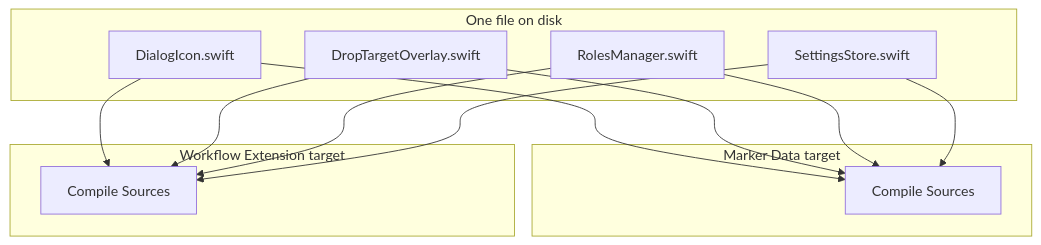
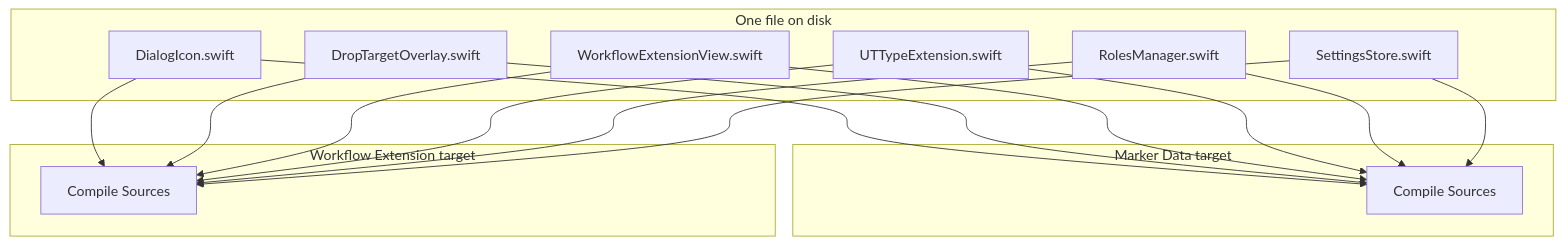
Before and after one commit to TheAcharya/MarkerData: the fifth of 9 diagrams in ARCHITECTURE.md, drawn with Mermaid. The commit also changed other lines of this file and 9 other files, not shown here.

````diff
--- a/ARCHITECTURE.md
+++ b/ARCHITECTURE.md
@@ -541,26 +549,32 @@
 ```mermaid
 flowchart TB
   subgraph disk [One file on disk]
     DI[DialogIcon.swift]
     DTO[DropTargetOverlay.swift]
+    WEV[WorkflowExtensionView.swift]
+    UT[UTTypeExtension.swift]
     RM[RolesManager.swift]
     SS[SettingsStore.swift]
   end
 
   subgraph mainT [Marker Data target]
     MSRC[Compile Sources]
   end
 
   subgraph weT [Workflow Extension target]
     WSRC[Compile Sources]
   end
 
   DI --> MSRC
   DI --> WSRC
   DTO --> MSRC
   DTO --> WSRC
+  WEV --> MSRC
+  WEV --> WSRC
+  UT --> MSRC
+  UT --> WSRC
   RM --> MSRC
   RM --> WSRC
   SS --> MSRC
   SS --> WSRC
 ```
````
